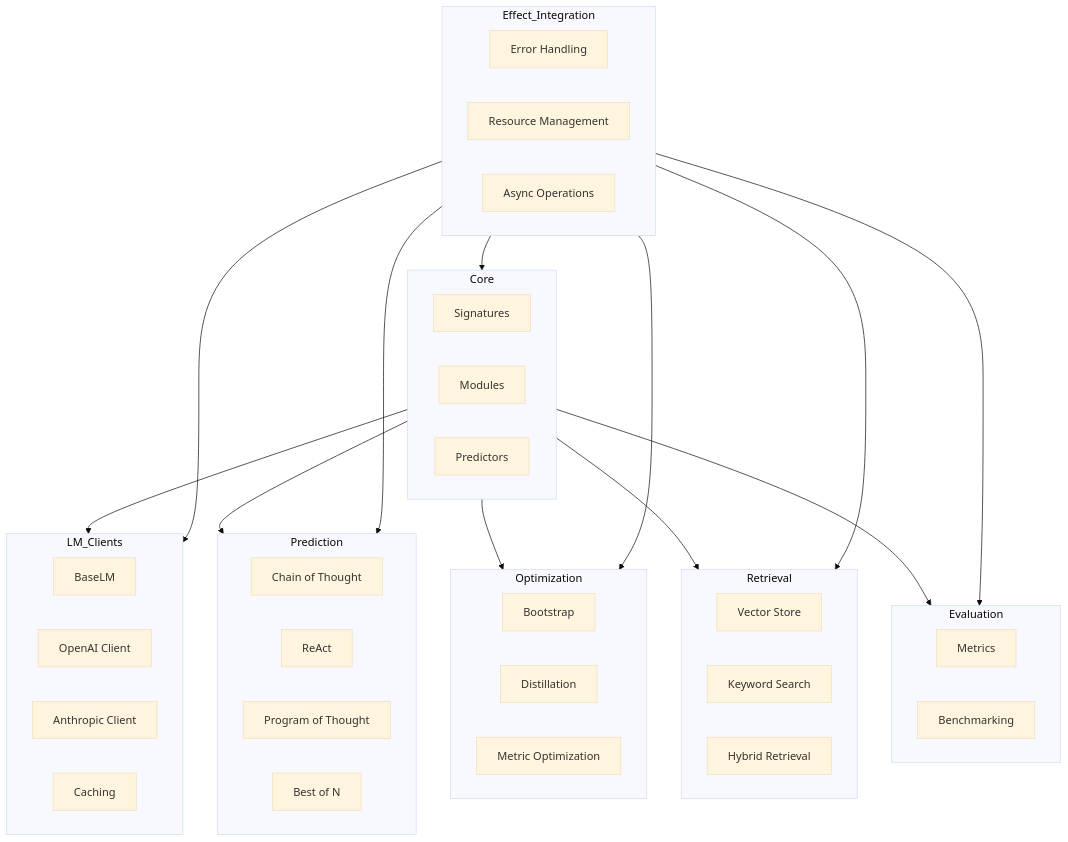
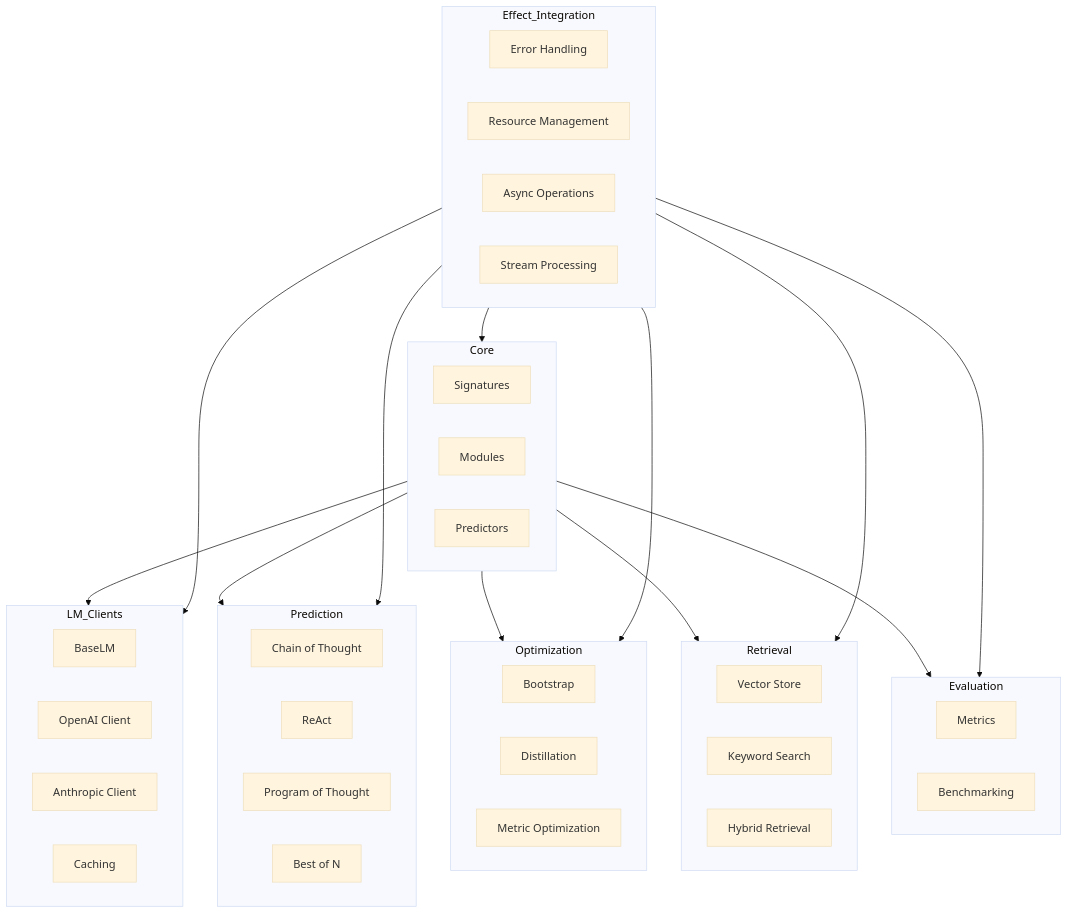
The second of 3 diagrams in docs/DSTyS_Project_Overview.md (helaix/DSTyS), drawn with Mermaid (base theme) before and after one commit. The commit also changed other lines of this file, not shown here.

````diff
--- a/docs/DSTyS_Project_Overview.md
+++ b/docs/DSTyS_Project_Overview.md
@@ -184,57 +219,58 @@
 ```mermaid
 graph TD
     subgraph Core
         Signatures[Signatures]
         Modules[Modules]
         Predictors[Predictors]
     end
     
     subgraph LM_Clients
         BaseLM[BaseLM]
         OpenAI[OpenAI Client]
         Anthropic[Anthropic Client]
         Cache[Caching]
     end
     
     subgraph Prediction
         CoT[Chain of Thought]
         ReAct[ReAct]
         PoT[Program of Thought]
         BestOfN[Best of N]
     end
     
     subgraph Optimization
         Bootstrap[Bootstrap]
         Distill[Distillation]
         MetricOpt[Metric Optimization]
     end
     
     subgraph Retrieval
         VectorStore[Vector Store]
         KeywordSearch[Keyword Search]
         Hybrid[Hybrid Retrieval]
     end
     
     subgraph Evaluation
         Metrics[Metrics]
         Benchmark[Benchmarking]
     end
     
     subgraph Effect_Integration
         ErrorHandling[Error Handling]
         ResourceMgmt[Resource Management]
         AsyncOps[Async Operations]
+        StreamHandling[Stream Processing]
     end
     
     Core --> LM_Clients
     Core --> Prediction
     Core --> Optimization
     Core --> Retrieval
     Core --> Evaluation
     Effect_Integration --> Core
     Effect_Integration --> LM_Clients
     Effect_Integration --> Prediction
     Effect_Integration --> Optimization
     Effect_Integration --> Retrieval
     Effect_Integration --> Evaluation
 ```
````
